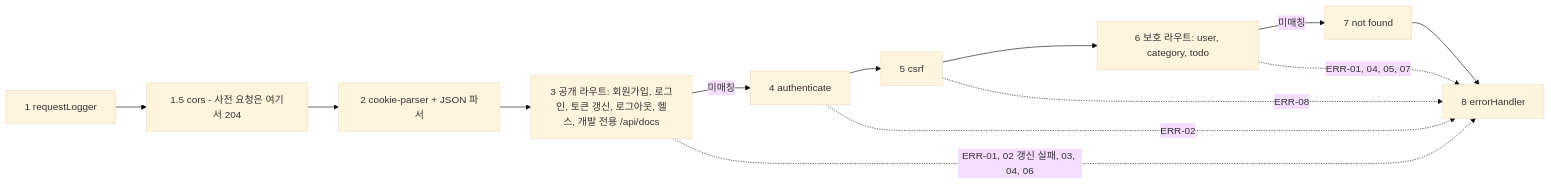
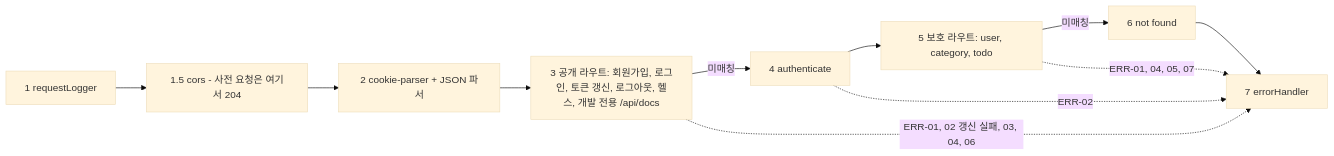
Before and after one commit to Palbok-Kim/todolist-app: the second of 13 diagrams in docs/6-arch-diagram.md, drawn with Mermaid (base theme). The commit also changed other lines of this file and 42 other files, not shown here.

First line of the commit message:
refactor: CSRF 방어 제거, ERD·schema.sql 표기 일치화

````diff
--- a/docs/6-arch-diagram.md
+++ b/docs/6-arch-diagram.md
@@ -97,15 +99,13 @@
 ```mermaid
 flowchart LR
     M1["1 requestLogger"] --> MC["1.5 cors - 사전 요청은 여기서 204"]
     MC --> M2["2 cookie-parser + JSON 파서"]
     M2 --> M3["3 공개 라우트: 회원가입, 로그인, 토큰 갱신, 로그아웃, 헬스, 개발 전용 /api/docs"]
     M3 -- "미매칭" --> M4["4 authenticate"]
-    M4 --> M5["5 csrf"]
-    M5 --> M6["6 보호 라우트: user, category, todo"]
-    M6 -- "미매칭" --> M7["7 not found"]
-    M7 --> M8["8 errorHandler"]
+    M4 --> M6["5 보호 라우트: user, category, todo"]
+    M6 -- "미매칭" --> M7["6 not found"]
+    M7 --> M8["7 errorHandler"]
     M3 -. "ERR-01, 02 갱신 실패, 03, 04, 06" .-> M8
     M4 -. "ERR-02" .-> M8
-    M5 -. "ERR-08" .-> M8
     M6 -. "ERR-01, 04, 05, 07" .-> M8
 ```
````
